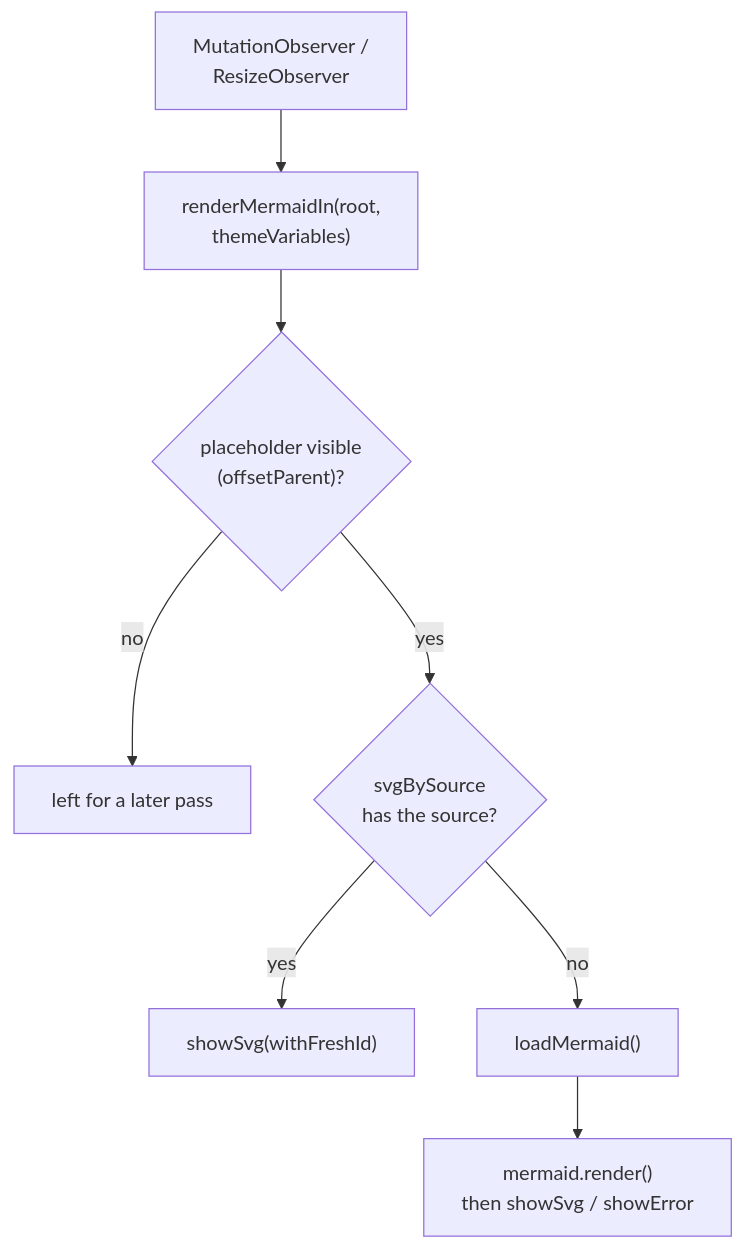
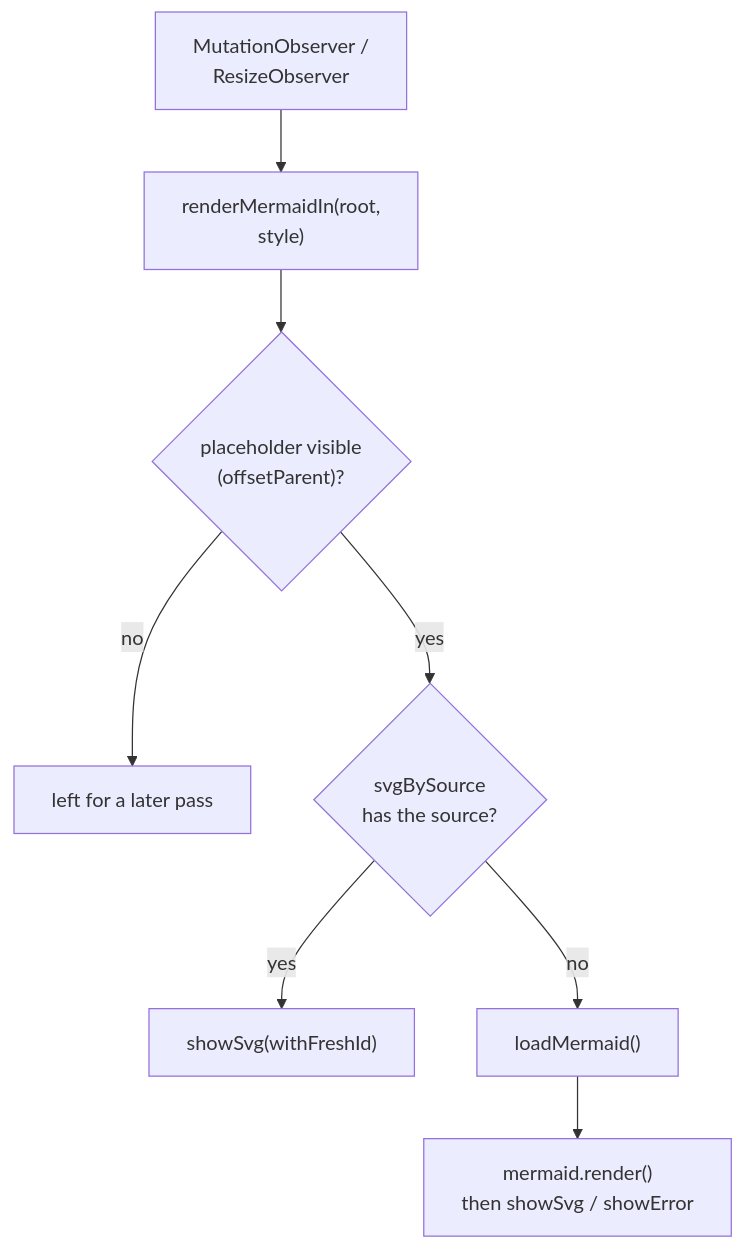
One commit to noormdev/ignatius changed the sixth of 10 diagrams in docs/wiki/frontend.md. Above: the diagram before and after it, drawn with Mermaid. The commit also changed other lines of this file and 3 other files, not shown here.

````diff
--- a/docs/wiki/frontend.md
+++ b/docs/wiki/frontend.md
@@ -126,11 +126,11 @@
 ```mermaid
 flowchart TD
     %% source: docs/design/viewer-qol.md; src/app/hooks/useMermaid.ts, src/app/logic/mermaid-render.ts
-    obs["MutationObserver /<br/>ResizeObserver"] --> pass["renderMermaidIn(root,<br/>themeVariables)"]
+    obs["MutationObserver /<br/>ResizeObserver"] --> pass["renderMermaidIn(root,<br/>style)"]
     pass --> vis{"placeholder visible<br/>(offsetParent)?"}
     vis -->|no| wait["left for a later pass"]
     vis -->|yes| hit{"svgBySource<br/>has the source?"}
     hit -->|yes| reuse["showSvg(withFreshId)"]
     hit -->|no| load["loadMermaid()"]
     load --> render["mermaid.render()<br/>then showSvg / showError"]
 ```
````
